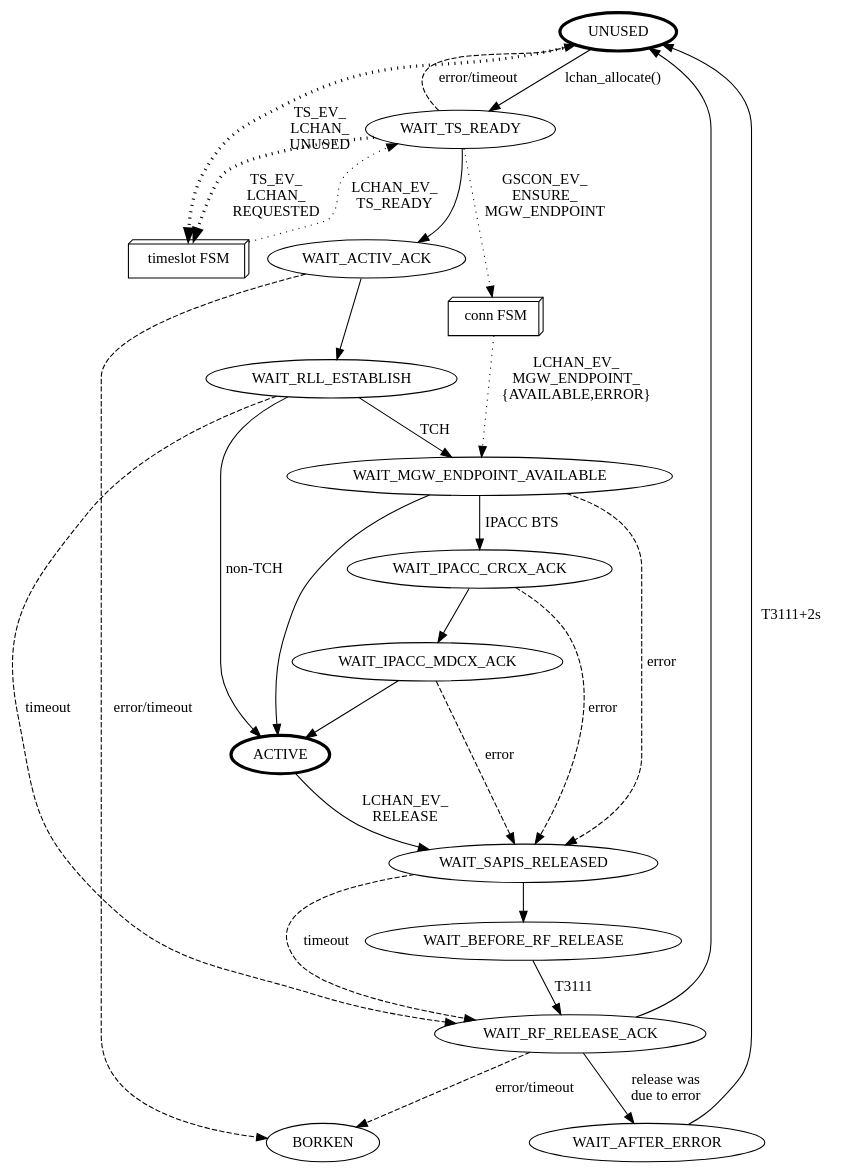
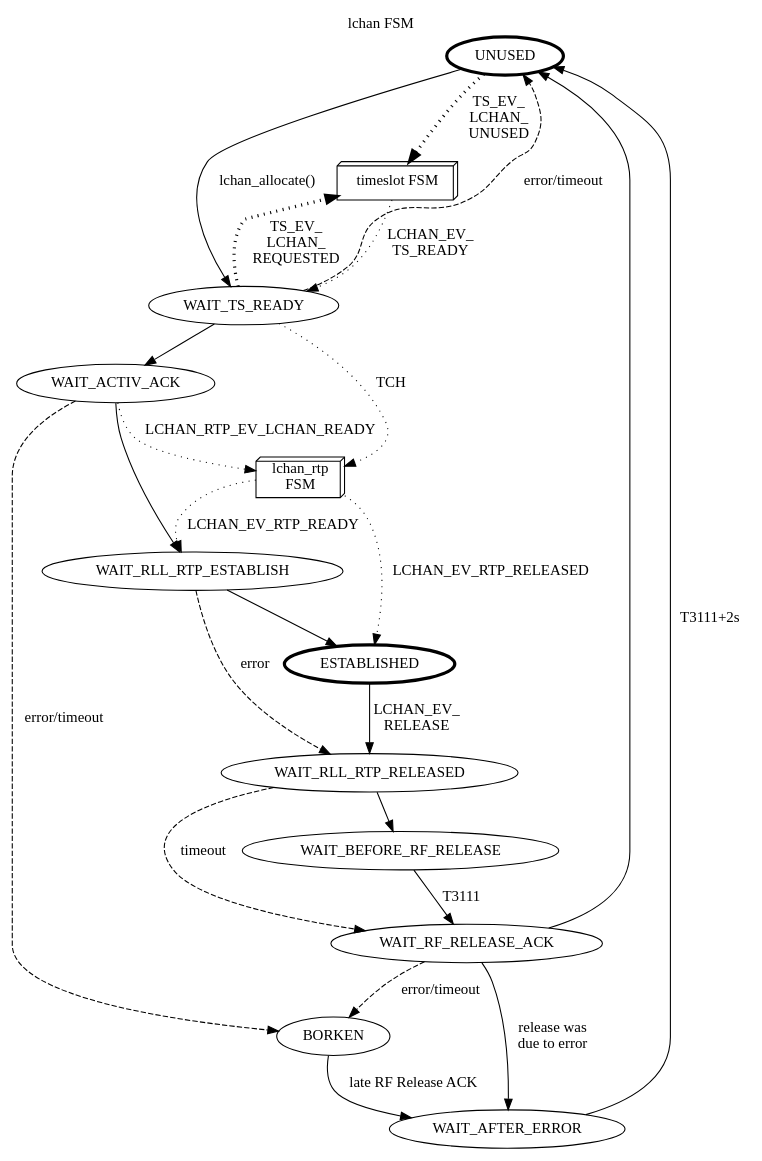
The diagram in doc/lchan-fsm.dot (osmocom/osmo-bsc), drawn with Graphviz before and after one commit. The commit also changed 21 other files, not shown here.

First line of the commit message:
doc: update/fix FSM charts

```diff
--- a/doc/lchan-fsm.dot
+++ b/doc/lchan-fsm.dot
@@ -1,53 +1,41 @@
 digraph G {
-rankdir=TB;
+rankdir=TB
+labelloc=t; label="lchan FSM"
 	
 	invisible [style="invisible"]
 	UNUSED [penwidth=3.0]
-	WAIT_TS_READY
-	WAIT_MGW_ENDPOINT_AVAILABLE
-	WAIT_ACTIV_ACK
-	WAIT_IPACC_CRCX_ACK
-	WAIT_IPACC_MDCX_ACK
-	WAIT_RLL_ESTABLISH
-	ACTIVE [penwidth=3.0]
-	WAIT_SAPIS_RELEASED
-	WAIT_BEFORE_RF_RELEASE
-	WAIT_RF_RELEASE_ACK
-	WAIT_AFTER_ERROR
-	BORKEN
+	ESTABLISHED [penwidth=3.0]
 	
-	ts [label="timeslot FSM",shape=box3d];
-	gscon [label="conn FSM",shape=box3d];
+	ts [label="timeslot FSM",shape=box3d]
+	rtp [label="lchan_rtp\nFSM",shape=box3d]
 
 	UNUSED -> WAIT_TS_READY [label="lchan_allocate()"]
 	WAIT_TS_READY -> WAIT_ACTIV_ACK
-	WAIT_ACTIV_ACK -> WAIT_RLL_ESTABLISH
-	WAIT_RLL_ESTABLISH -> WAIT_MGW_ENDPOINT_AVAILABLE [label="TCH"]
-	WAIT_MGW_ENDPOINT_AVAILABLE -> WAIT_IPACC_CRCX_ACK [label="IPACC BTS"]
-	WAIT_MGW_ENDPOINT_AVAILABLE -> ACTIVE
-	WAIT_IPACC_CRCX_ACK -> WAIT_IPACC_MDCX_ACK
-	WAIT_IPACC_MDCX_ACK -> ACTIVE
-	WAIT_RLL_ESTABLISH -> ACTIVE [label="non-TCH"];
-	WAIT_RLL_ESTABLISH -> WAIT_RF_RELEASE_ACK [label="timeout",style=dashed,constraint=false]
+	WAIT_ACTIV_ACK -> WAIT_RLL_RTP_ESTABLISH
+	WAIT_RLL_RTP_ESTABLISH -> ESTABLISHED
 
-	ACTIVE -> WAIT_SAPIS_RELEASED [label="LCHAN_EV_\nRELEASE"]
-	WAIT_SAPIS_RELEASED -> WAIT_BEFORE_RF_RELEASE
-	WAIT_SAPIS_RELEASED -> WAIT_RF_RELEASE_ACK [label="timeout",style=dashed,constraint=false]
+	ESTABLISHED -> WAIT_RLL_RTP_RELEASED [label="LCHAN_EV_\nRELEASE"]
+	WAIT_RLL_RTP_RELEASED -> WAIT_BEFORE_RF_RELEASE
+	WAIT_RLL_RTP_RELEASED -> WAIT_RF_RELEASE_ACK [label="timeout",style=dashed,constraint=false]
 
 	WAIT_BEFORE_RF_RELEASE -> WAIT_RF_RELEASE_ACK [label="T3111"]
 	WAIT_RF_RELEASE_ACK -> UNUSED
 	WAIT_RF_RELEASE_ACK -> WAIT_AFTER_ERROR [label="release was\ndue to error"]
 	WAIT_AFTER_ERROR -> UNUSED [label="T3111+2s"]
 
 	WAIT_TS_READY -> ts [label="TS_EV_\nLCHAN_\nREQUESTED",style=dotted,penwidth=3]
 	UNUSED -> ts [label="TS_EV_\nLCHAN_\nUNUSED",style=dotted,penwidth=3]
 	ts -> WAIT_TS_READY [label="LCHAN_EV_\nTS_READY",style=dotted]
 
+	WAIT_TS_READY -> rtp [label="TCH",style=dotted]
+
 	WAIT_TS_READY -> UNUSED [label="error/timeout",style=dashed,constraint=false]
 	{WAIT_ACTIV_ACK,WAIT_RF_RELEASE_ACK} -> BORKEN [label="error/timeout",style=dashed]
-	{WAIT_MGW_ENDPOINT_AVAILABLE,WAIT_IPACC_CRCX_ACK,WAIT_IPACC_MDCX_ACK} -> WAIT_SAPIS_RELEASED [label=error,style=dashed]
+	BORKEN -> WAIT_AFTER_ERROR [label="late RF Release ACK"]
+	WAIT_RLL_RTP_ESTABLISH -> WAIT_RLL_RTP_RELEASED [label=error,style=dashed]
 
-	WAIT_TS_READY -> gscon [label="GSCON_EV_\nENSURE_\nMGW_ENDPOINT",style=dotted]
-	gscon -> WAIT_MGW_ENDPOINT_AVAILABLE [label="LCHAN_EV_\nMGW_ENDPOINT_\n{AVAILABLE,ERROR}",style=dotted]
+	WAIT_ACTIV_ACK -> rtp [label="LCHAN_RTP_EV_LCHAN_READY",style=dotted]
+	rtp -> WAIT_RLL_RTP_ESTABLISH [label="LCHAN_EV_RTP_READY",style=dotted]
+	rtp -> ESTABLISHED [label="LCHAN_EV_RTP_RELEASED",style=dotted]
 
 }
```
